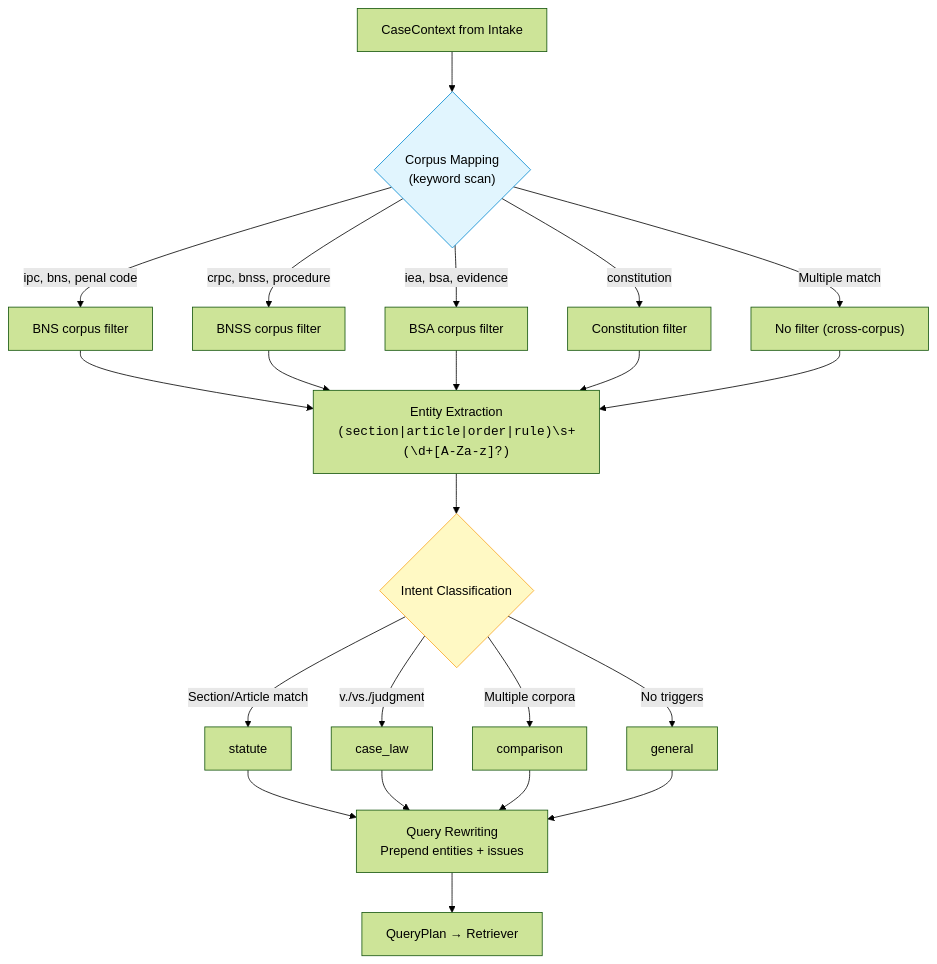
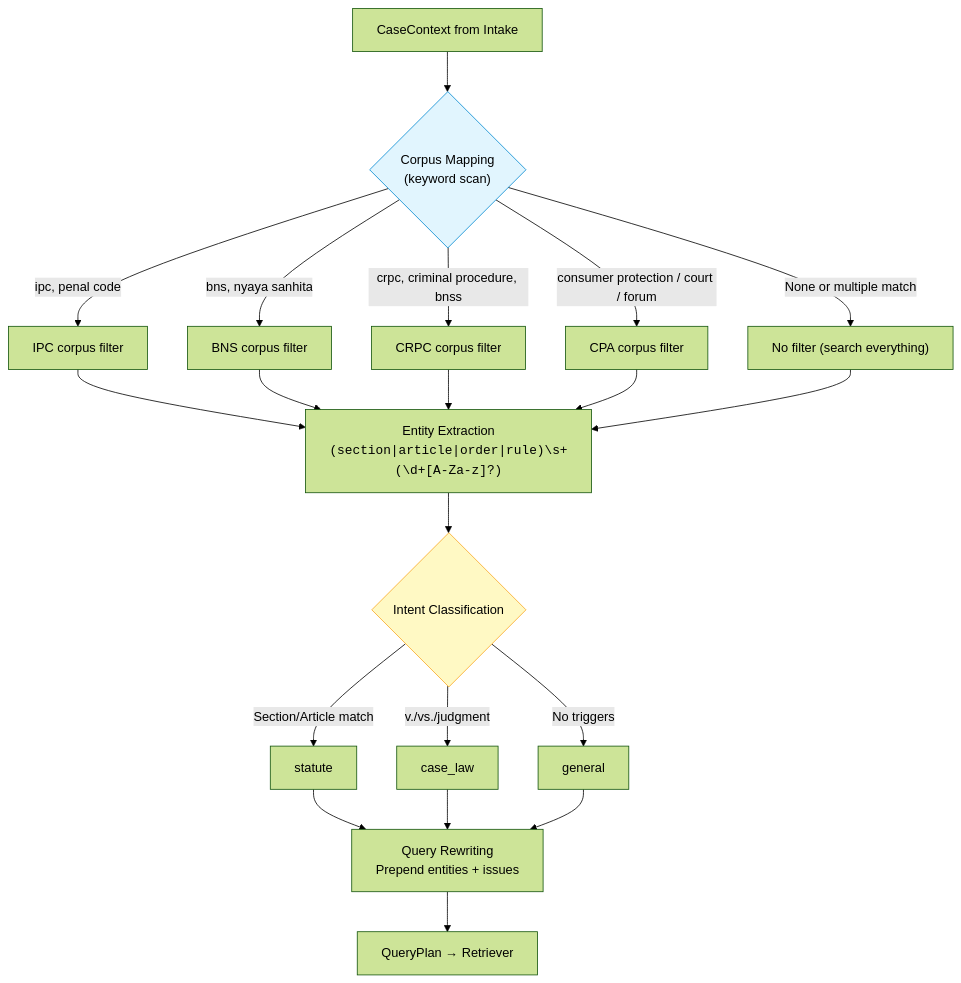
Before and after one commit to uditauniyal/legal-mvp: the fourth of 9 diagrams in README.md, drawn with Mermaid (forest theme). The commit also changed other lines of this file and 10 other files, not shown here.

````diff
--- a/README.md
+++ b/README.md
@@ -228,25 +483,24 @@
 ```mermaid
 flowchart TD
     CC["CaseContext from Intake"] --> CORPUS{"Corpus Mapping<br/>(keyword scan)"}
 
-    CORPUS -->|"ipc, bns, penal code"| BNS["BNS corpus filter"]
-    CORPUS -->|"crpc, bnss, procedure"| BNSS["BNSS corpus filter"]
-    CORPUS -->|"iea, bsa, evidence"| BSA["BSA corpus filter"]
-    CORPUS -->|"constitution"| CONST["Constitution filter"]
-    CORPUS -->|"Multiple match"| NONE["No filter (cross-corpus)"]
+    CORPUS -->|"ipc, penal code"| IPC["IPC corpus filter"]
+    CORPUS -->|"bns, nyaya sanhita"| BNS["BNS corpus filter"]
+    CORPUS -->|"crpc, criminal procedure, bnss"| CRPC["CRPC corpus filter"]
+    CORPUS -->|"consumer protection / court / forum"| CPA["CPA corpus filter"]
+    CORPUS -->|"None or multiple match"| NONE["No filter (search everything)"]
 
-    BNS & BNSS & BSA & CONST & NONE --> ENTITY["Entity Extraction<br/><code>(section|article|order|rule)\s+(\d+[A-Za-z]?)</code>"]
+    IPC & BNS & CRPC & CPA & NONE --> ENTITY["Entity Extraction<br/><code>(section|article|order|rule)\s+(\d+[A-Za-z]?)</code>"]
 
     ENTITY --> INTENT{"Intent Classification"}
     INTENT -->|"Section/Article match"| STATUTE["statute"]
     INTENT -->|"v./vs./judgment"| CASELAW["case_law"]
-    INTENT -->|"Multiple corpora"| COMPARE["comparison"]
     INTENT -->|"No triggers"| GENERAL["general"]
 
-    STATUTE & CASELAW & COMPARE & GENERAL --> REWRITE["Query Rewriting<br/>Prepend entities + issues"]
+    STATUTE & CASELAW & GENERAL --> REWRITE["Query Rewriting<br/>Prepend entities + issues"]
 
     REWRITE --> OUT["QueryPlan → Retriever"]
 
     style CORPUS fill:#e1f5fe,stroke:#0288D1
     style INTENT fill:#fff9c4,stroke:#F9A825
 ```
````
